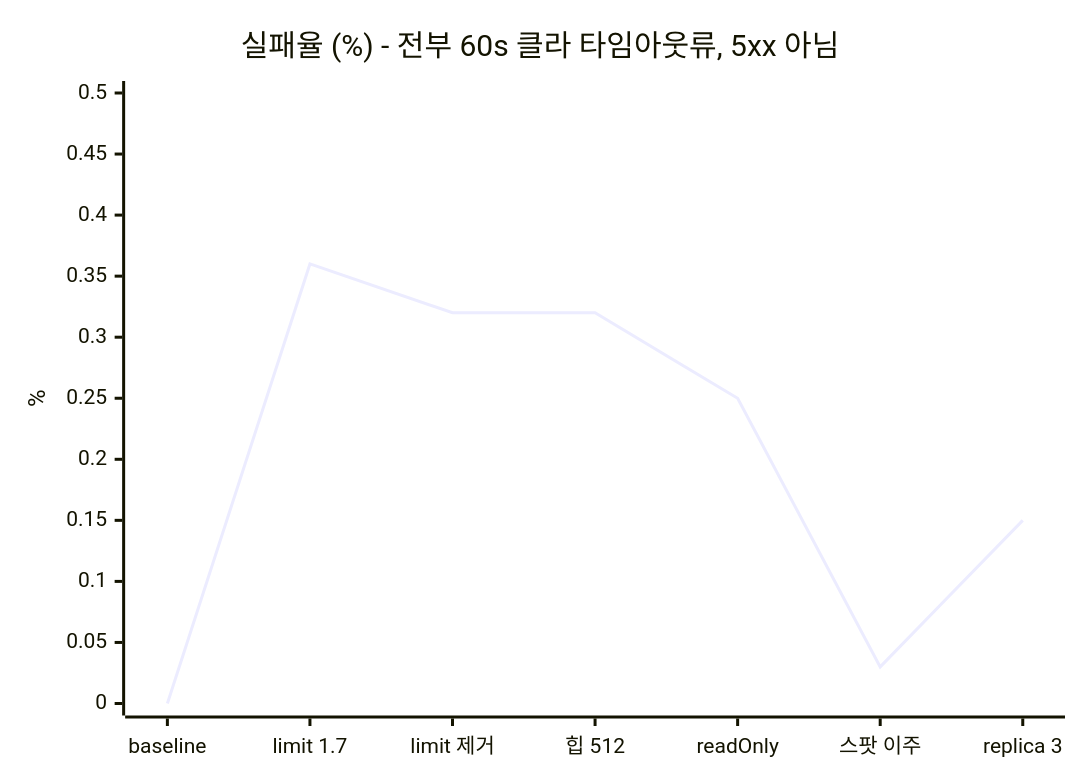
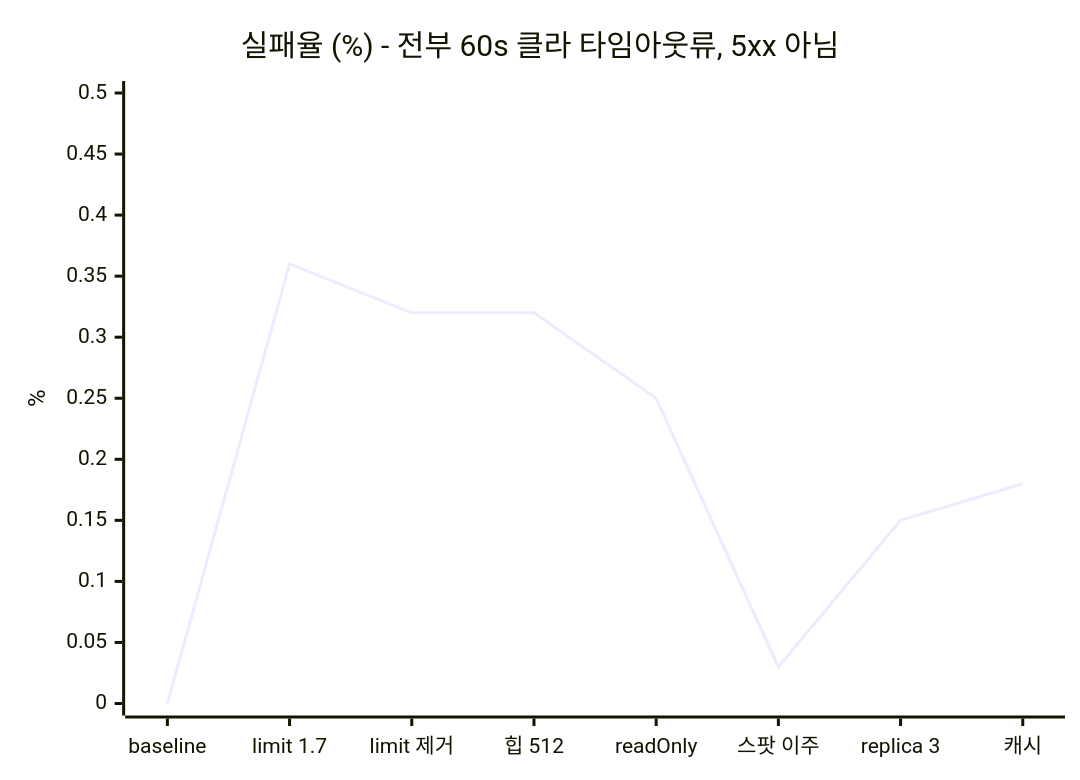
One commit to Minchae0322/yogurtte-rca-agent changed the third of 4 diagrams in autoscaling/loadtest/results/04-콘텐츠폭주/README.md. Above: the diagram before and after it, drawn with Mermaid. The commit also changed other lines of this file, not shown here.

````diff
--- a/autoscaling/loadtest/results/04-콘텐츠폭주/README.md
+++ b/autoscaling/loadtest/results/04-콘텐츠폭주/README.md
@@ -26,7 +26,7 @@
 ```mermaid
 xychart-beta
     title "실패율 (%) - 전부 60s 클라 타임아웃류, 5xx 아님"
-    x-axis ["baseline", "limit 1.7", "limit 제거", "힙 512", "readOnly", "스팟 이주", "replica 3"]
+    x-axis ["baseline", "limit 1.7", "limit 제거", "힙 512", "readOnly", "스팟 이주", "replica 3", "캐시"]
     y-axis "%" 0 --> 0.5
-    line [0.00, 0.36, 0.32, 0.32, 0.25, 0.03, 0.15]
+    line [0.00, 0.36, 0.32, 0.32, 0.25, 0.03, 0.15, 0.18]
 ```
````
